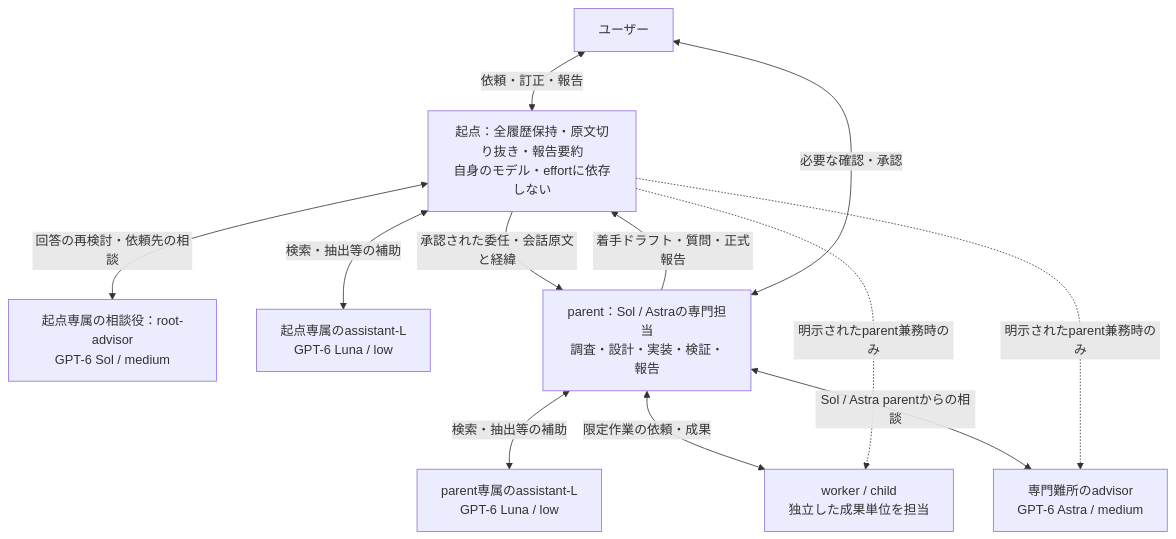
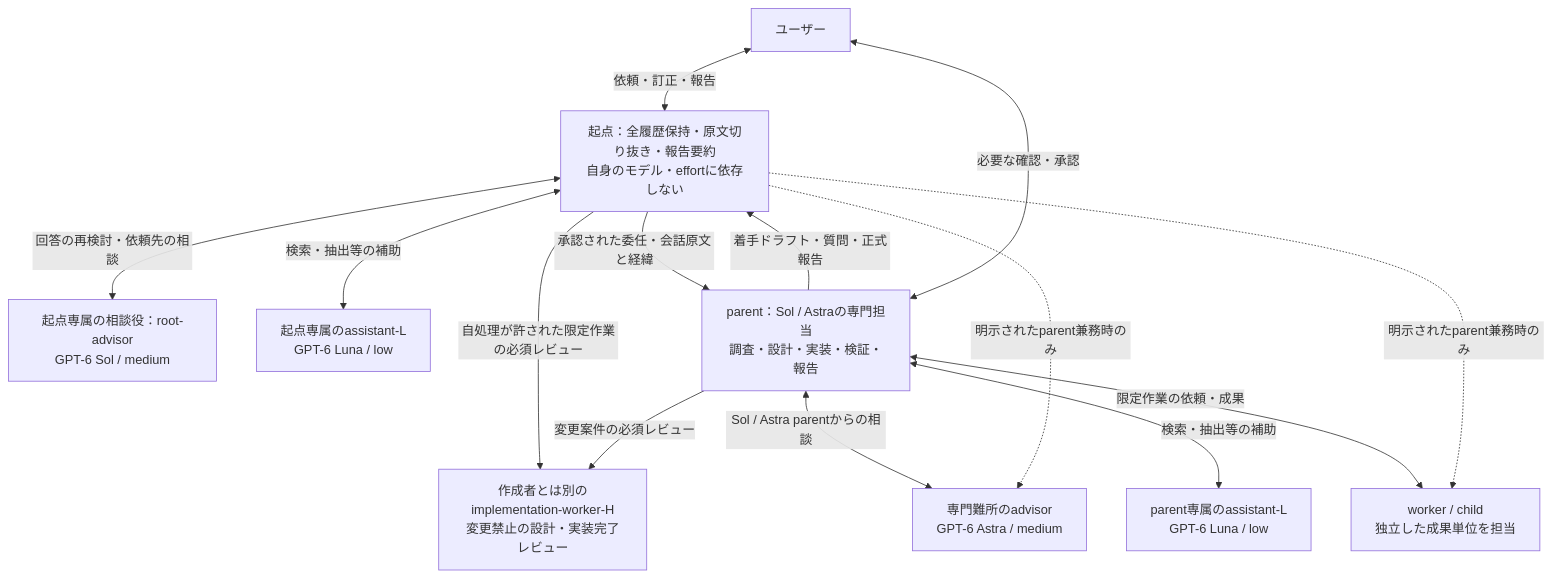
One commit to unagi/dotfiles changed the first of 2 diagrams in docs/codex-subagents.md. Above: the diagram before and after it, drawn with Mermaid. The commit also changed other lines of this file and 23 other files, not shown here.

````diff
--- a/docs/codex-subagents.md
+++ b/docs/codex-subagents.md
@@ -15,22 +15,25 @@
 ```mermaid
 flowchart TB
     U["ユーザー"]
     R["起点：全履歴保持・原文切り抜き・報告要約<br/>自身のモデル・effortに依存しない"]
     RA["起点専属の相談役：root-advisor<br/>GPT-6 Sol / medium"]
     A0["起点専属のassistant-L<br/>GPT-6 Luna / low"]
     P["parent：Sol / Astraの専門担当<br/>調査・設計・実装・検証・報告"]
     A1["parent専属のassistant-L<br/>GPT-6 Luna / low"]
     W["worker / child<br/>独立した成果単位を担当"]
     AD["専門難所のadvisor<br/>GPT-6 Astra / medium"]
+    RV["作成者とは別のimplementation-worker-H<br/>変更禁止の設計・実装完了レビュー"]
     U <-->|"依頼・訂正・報告"| R
     R <-->|"回答の再検討・依頼先の相談"| RA
     R <-->|"検索・抽出等の補助"| A0
     R -->|"承認された委任・会話原文と経緯"| P
     P -->|"着手ドラフト・質問・正式報告"| R
     P <-->|"必要な確認・承認"| U
     P <-->|"検索・抽出等の補助"| A1
     P <-->|"限定作業の依頼・成果"| W
     P <-->|"Sol / Astra parentからの相談"| AD
     R -.->|"明示されたparent兼務時のみ"| W
     R -.->|"明示されたparent兼務時のみ"| AD
+    R -->|"自処理が許された限定作業の必須レビュー"| RV
+    P -->|"変更案件の必須レビュー"| RV
 ```
````
